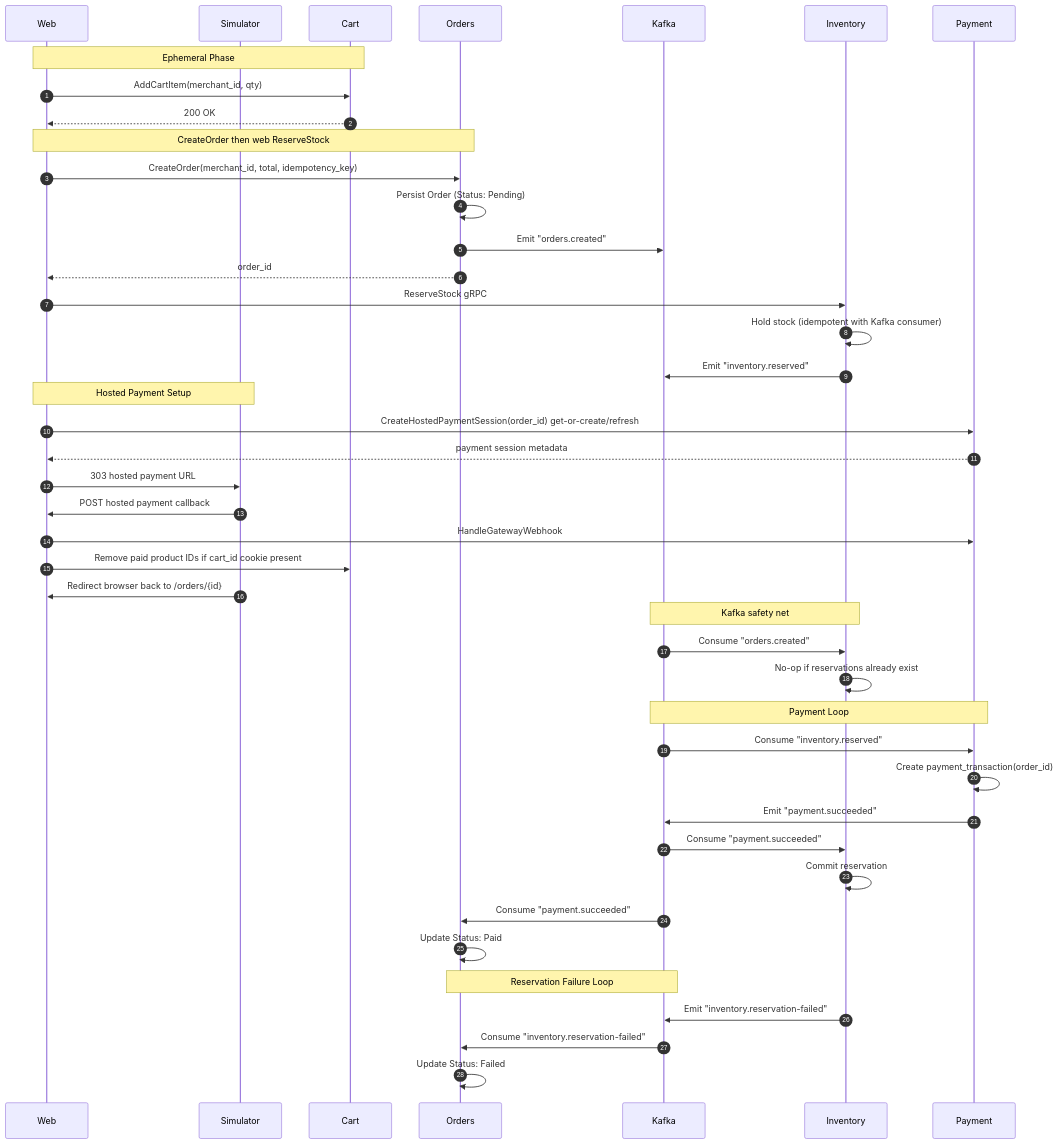
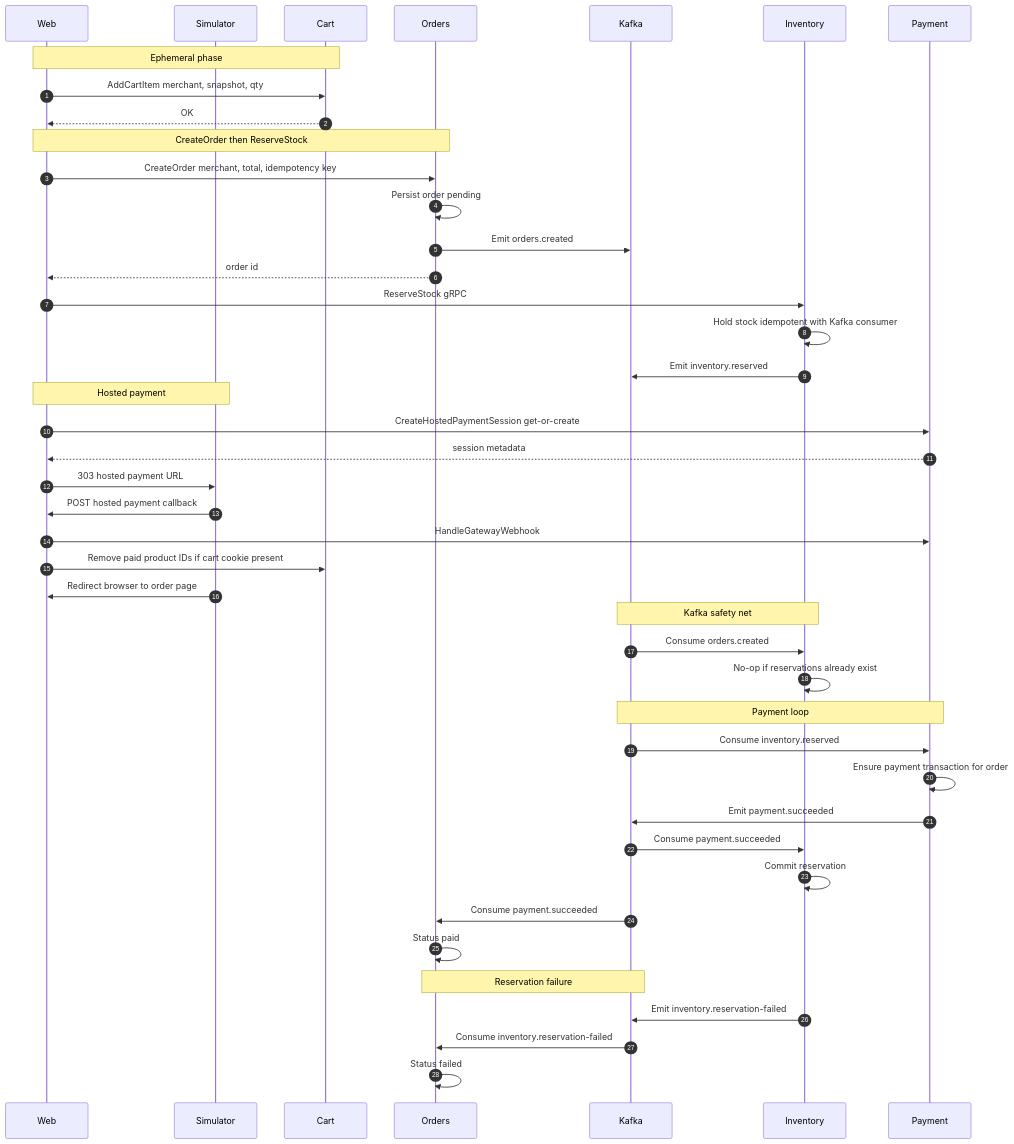
The diagram in docs/order-placement.md (phuchoang2603/refurbished-marketplace), drawn with Mermaid before and after one commit. The commit also changed other lines of this file and 16 other files, not shown here.

````diff
--- a/docs/order-placement.md
+++ b/docs/order-placement.md
@@ -14,51 +14,51 @@
 ```mermaid
 sequenceDiagram
     autonumber
     participant WEB as Web
     participant SIM as Simulator
     participant CRT as Cart
     participant ORD as Orders
     participant K as Kafka
     participant INV as Inventory
     participant PAY as Payment
 
-    Note over WEB, CRT: Ephemeral Phase
-    WEB->>CRT: AddCartItem(merchant_id, qty)
-    CRT-->>WEB: 200 OK
+    Note over WEB,CRT: Ephemeral phase
+    WEB->>CRT: AddCartItem merchant, snapshot, qty
+    CRT-->>WEB: OK
 
-    Note over WEB, ORD: CreateOrder then web ReserveStock
-    WEB->>ORD: CreateOrder(merchant_id, total, idempotency_key)
-    ORD->>ORD: Persist Order (Status: Pending)
-    ORD->>K: Emit "orders.created"
-    ORD-->>WEB: order_id
+    Note over WEB,ORD: CreateOrder then ReserveStock
+    WEB->>ORD: CreateOrder merchant, total, idempotency key
+    ORD->>ORD: Persist order pending
+    ORD->>K: Emit orders.created
+    ORD-->>WEB: order id
     WEB->>INV: ReserveStock gRPC
-    INV->>INV: Hold stock (idempotent with Kafka consumer)
-    INV->>K: Emit "inventory.reserved"
+    INV->>INV: Hold stock idempotent with Kafka consumer
+    INV->>K: Emit inventory.reserved
 
-    Note over WEB, SIM: Hosted Payment Setup
-    WEB->>PAY: CreateHostedPaymentSession(order_id) get-or-create/refresh
-    PAY-->>WEB: payment session metadata
+    Note over WEB,SIM: Hosted payment
+    WEB->>PAY: CreateHostedPaymentSession get-or-create
+    PAY-->>WEB: session metadata
     WEB->>SIM: 303 hosted payment URL
     SIM->>WEB: POST hosted payment callback
     WEB->>PAY: HandleGatewayWebhook
-    WEB->>CRT: Remove paid product IDs if cart_id cookie present
-    SIM->>WEB: Redirect browser back to /orders/{id}
+    WEB->>CRT: Remove paid product IDs if cart cookie present
+    SIM->>WEB: Redirect browser to order page
 
-    Note over K, INV: Kafka safety net
-    K->>INV: Consume "orders.created"
+    Note over K,INV: Kafka safety net
+    K->>INV: Consume orders.created
     INV->>INV: No-op if reservations already exist
 
-    Note over K, PAY: Payment Loop
-    K->>PAY: Consume "inventory.reserved"
-    PAY->>PAY: Create payment_transaction(order_id)
-    PAY->>K: Emit "payment.succeeded"
-    K->>INV: Consume "payment.succeeded"
+    Note over K,PAY: Payment loop
+    K->>PAY: Consume inventory.reserved
+    PAY->>PAY: Ensure payment transaction for order
+    PAY->>K: Emit payment.succeeded
+    K->>INV: Consume payment.succeeded
     INV->>INV: Commit reservation
-    K->>ORD: Consume "payment.succeeded"
-    ORD->>ORD: Update Status: Paid
+    K->>ORD: Consume payment.succeeded
+    ORD->>ORD: Status paid
 
-    Note over K, ORD: Reservation Failure Loop
-    INV->>K: Emit "inventory.reservation-failed"
-    K->>ORD: Consume "inventory.reservation-failed"
-    ORD->>ORD: Update Status: Failed
+    Note over K,ORD: Reservation failure
+    INV->>K: Emit inventory.reservation-failed
+    K->>ORD: Consume inventory.reservation-failed
+    ORD->>ORD: Status failed
 ```
````
